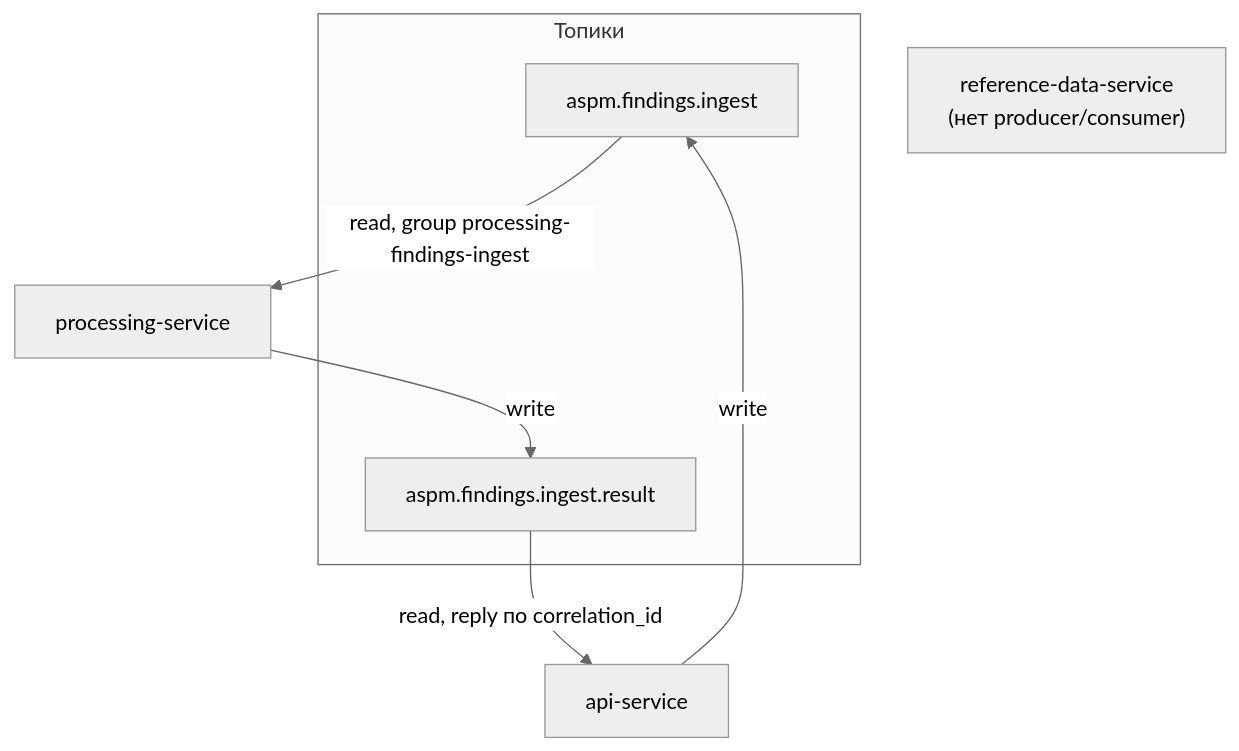
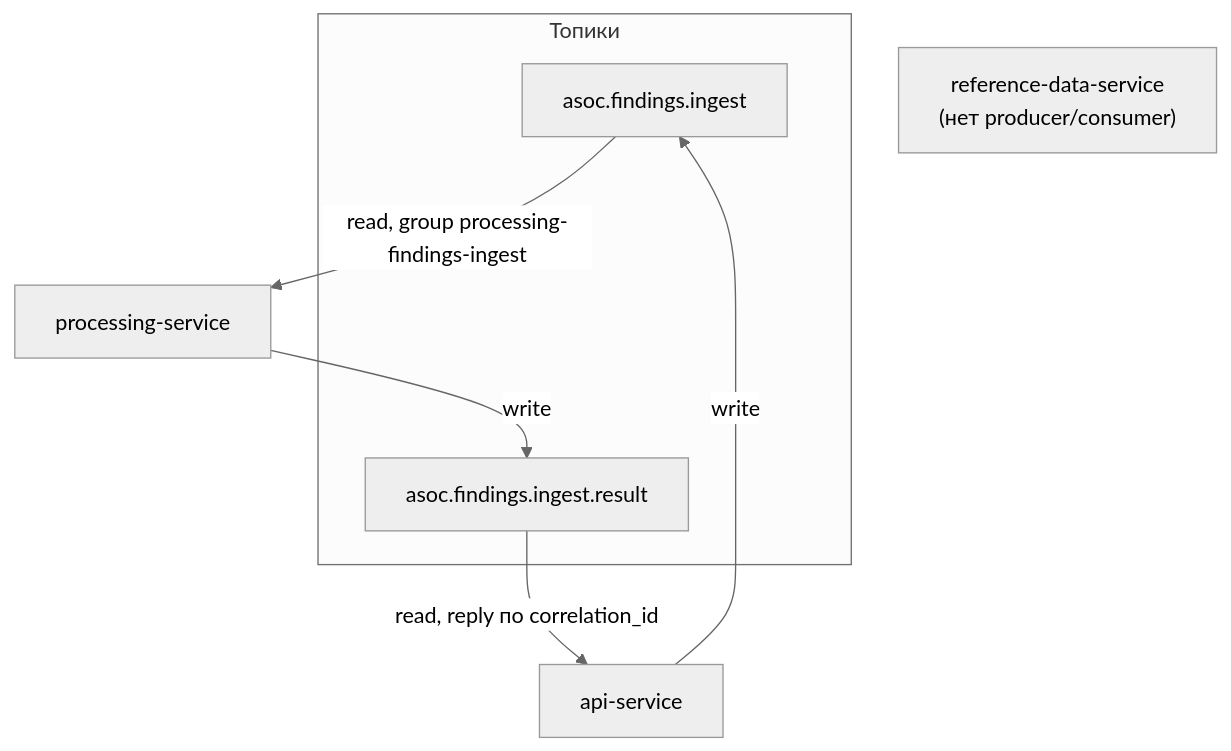
The third of 3 diagrams in docs/ARCHITECTURE.md (tkhananiev/mephi_vkr_asoc), drawn with Mermaid (neutral theme) before and after one commit. The commit also changed other lines of this file and 76 other files, not shown here.

Commit message:
chore: rename project aspm → asoc (module, k8s, docker, db)

````diff
--- a/docs/ARCHITECTURE.md
+++ b/docs/ARCHITECTURE.md
@@ -114,15 +114,15 @@
 ```mermaid
 flowchart TB
   subgraph kafka_topics["Топики"]
-    ING["aspm.findings.ingest"]
-    RES["aspm.findings.ingest.result"]
+    ING["asoc.findings.ingest"]
+    RES["asoc.findings.ingest.result"]
   end
   API["api-service"]
   PR["processing-service"]
   RD["reference-data-service<br/>(нет producer/consumer)"]
 
   API -->|"write"| ING
   ING -->|"read, group processing-findings-ingest"| PR
   PR -->|"write"| RES
   RES -->|"read, reply по correlation_id"| API
 ```
````
